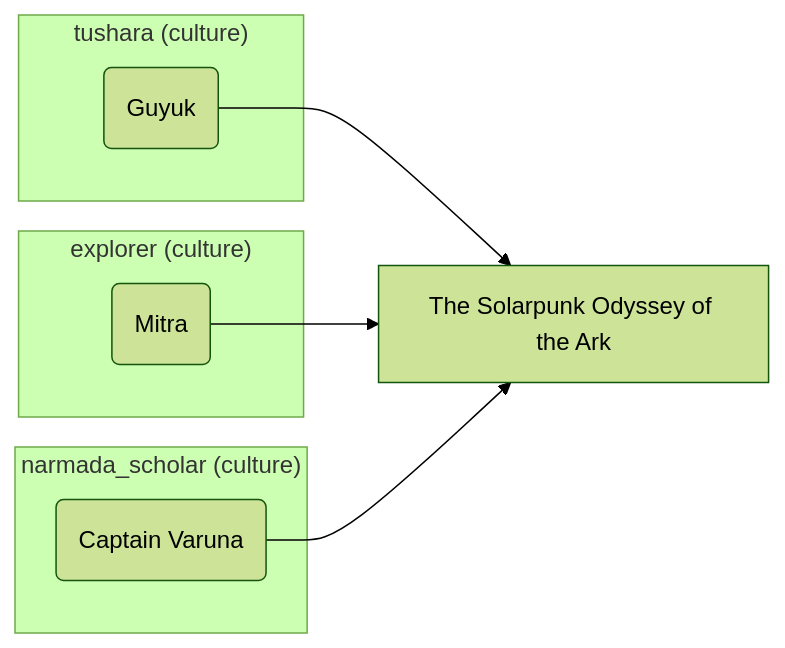
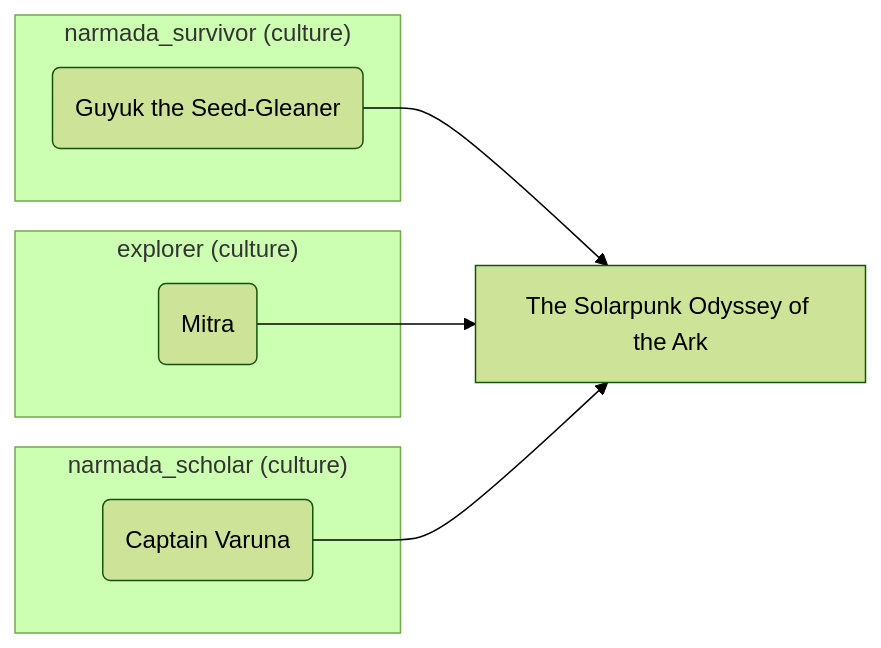
The sixth of 6 diagrams in docs/memory_map.md (lordlebu/SouthOfTethys), drawn with Mermaid (forest theme) before and after one commit. The commit also changed other lines of this file and 23 other files, not shown here.

````diff
--- a/docs/memory_map.md
+++ b/docs/memory_map.md
@@ -277,16 +290,16 @@
 ```mermaid
 graph LR
   subgraph grp_explorer["explorer (culture)"]
     character_mitra("Mitra")
   end
   subgraph grp_narmada_scholar["narmada_scholar (culture)"]
     character_varuna("Captain Varuna")
   end
-  subgraph grp_tushara["tushara (culture)"]
-    character_guyuk("Guyuk")
+  subgraph grp_narmada_survivor["narmada_survivor (culture)"]
+    character_guyuk_reborn("Guyuk the Seed-Gleaner")
   end
   event_survival_train_solarpunk["The Solarpunk Odyssey of the Ark"]
-  character_guyuk --> event_survival_train_solarpunk
+  character_guyuk_reborn --> event_survival_train_solarpunk
   character_mitra --> event_survival_train_solarpunk
   character_varuna --> event_survival_train_solarpunk
 ```
````
